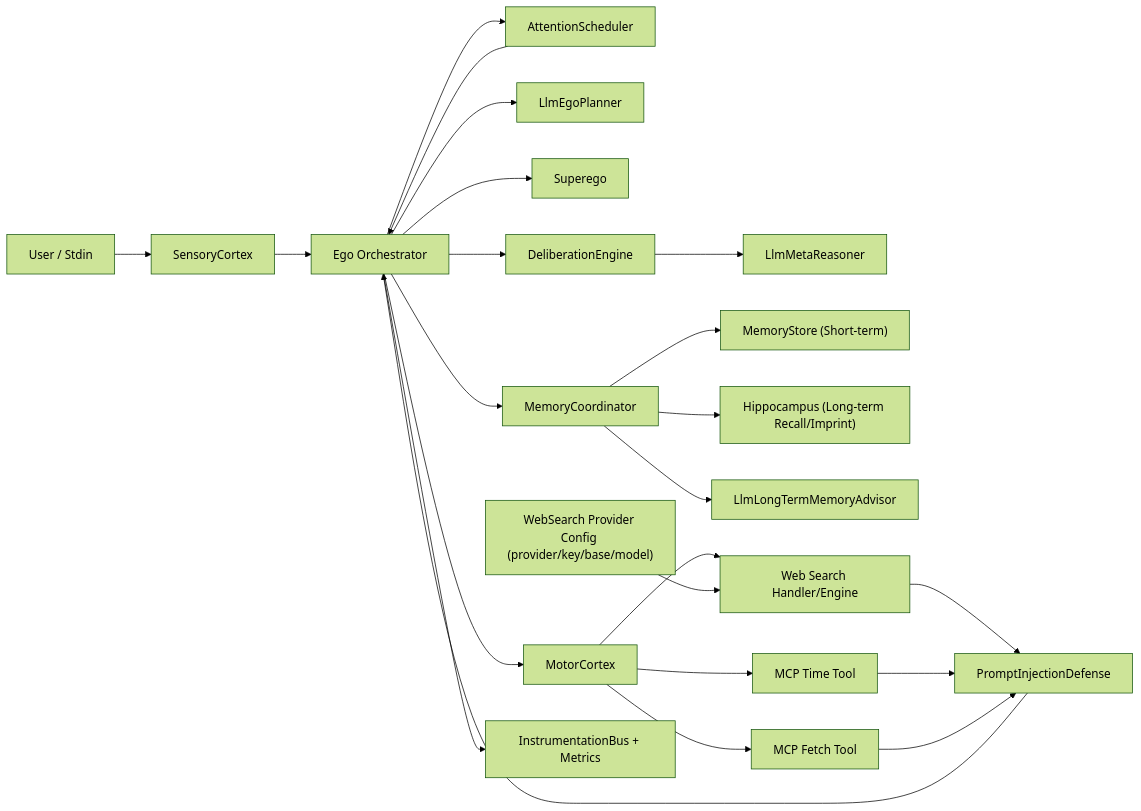
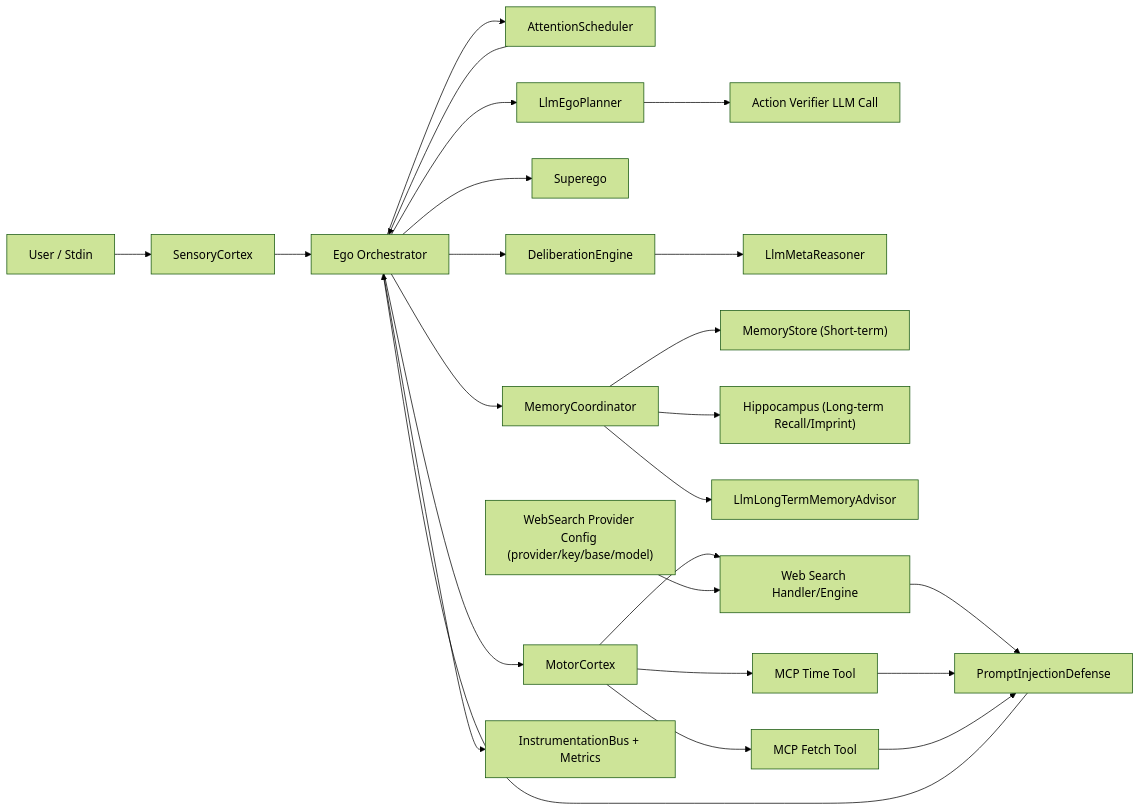
Before and after one commit to neopsyke/NeoPsyke: the first of 4 diagrams in AGENT_LOGIC_DIAGRAM.md, drawn with Mermaid (forest theme). The commit also changed 9 other files, not shown here.

````diff
--- a/AGENT_LOGIC_DIAGRAM.md
+++ b/AGENT_LOGIC_DIAGRAM.md
@@ -8,31 +8,32 @@
 ```mermaid
 flowchart LR
     U["User / Stdin"] --> SC["SensoryCortex"]
     SC --> E["Ego Orchestrator"]
 
     E --> AS["AttentionScheduler"]
     AS --> E
 
     E --> P["LlmEgoPlanner"]
+    P --> AV["Action Verifier LLM Call"]
     E --> S["Superego"]
     E --> M["MotorCortex"]
 
     E --> DE["DeliberationEngine"]
     DE --> MR["LlmMetaReasoner"]
 
     E --> MC["MemoryCoordinator"]
     MC --> MS["MemoryStore (Short-term)"]
     MC --> H["Hippocampus (Long-term Recall/Imprint)"]
     MC --> LTM["LlmLongTermMemoryAdvisor"]
 
     M --> WS["Web Search Handler/Engine"]
     CfgWS["WebSearch Provider Config (provider/key/base/model)"] --> WS
     M --> MT["MCP Time Tool"]
     M --> MF["MCP Fetch Tool"]
     WS --> PID["PromptInjectionDefense"]
     MT --> PID
     MF --> PID
     PID --> E
 
     E --> I["InstrumentationBus + Metrics"]
 ```
````
